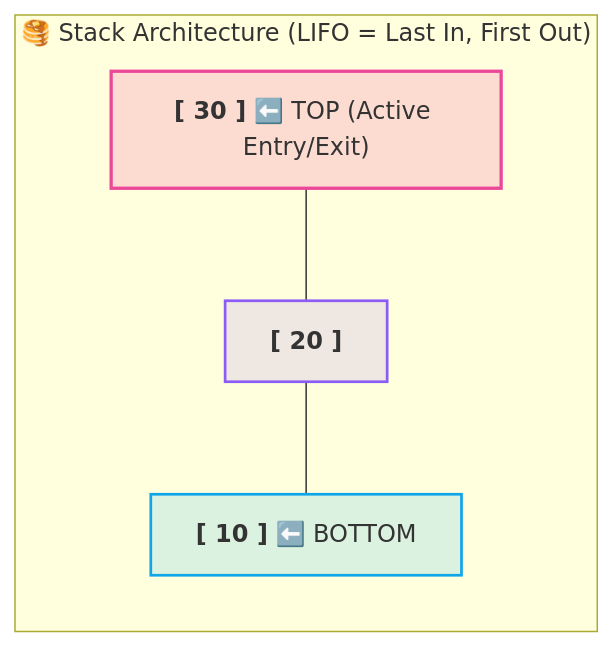
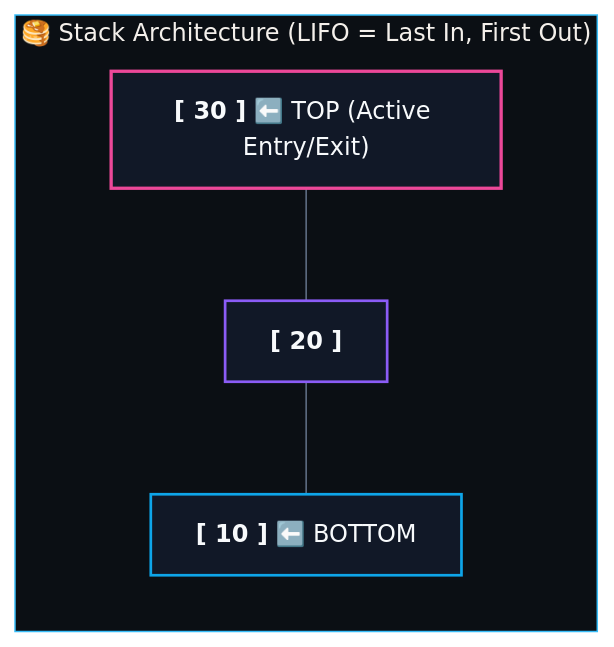
One commit to abhinavbharti2345/CS_Notes changed the first of 5 diagrams in CS/DSA/06. Stacks & Queues/01. Stack Fundamentals.md. Above: the diagram before and after it, drawn with Mermaid. The commit also changed other lines of this file and 195 other files, not shown here.

````diff
--- a/CS/DSA/06. Stacks & Queues/01. Stack Fundamentals.md
+++ b/CS/DSA/06. Stacks & Queues/01. Stack Fundamentals.md
@@ -38,17 +38,18 @@
 ```mermaid
+%%{init: {'theme': 'base', 'themeVariables': { 'darkMode': true, 'background': '#0B0F14', 'mainBkg': '#111827', 'primaryColor': '#111827', 'primaryTextColor': '#F8FAFC', 'primaryBorderColor': '#38BDF8', 'lineColor': '#64748B', 'secondaryColor': '#0B0F14', 'tertiaryColor': '#0B0F14', 'clusterBkg': '#0B0F14', 'clusterBorder': '#38BDF8' }}}%%
 flowchart LR
     subgraph StackModel ["🥞 Stack Architecture (LIFO = Last In, First Out)"]
         direction TB
         T["<b>[ 30 ]</b> ⬅️ TOP (Active Entry/Exit)"]
         M["<b>[ 20 ]</b>"]
         B["<b>[ 10 ]</b> ⬅️ BOTTOM"]
         T --- M --- B
     end
 
-    classDef topNode fill:#ec489930,stroke:#ec4899,stroke-width:2.2px;
-    classDef midNode fill:#8b5cf625,stroke:#8b5cf6,stroke-width:1.8px;
-    classDef botNode fill:#0ea5e925,stroke:#0ea5e9,stroke-width:1.8px;
+    classDef topNode fill:#111827,stroke:#ec4899,stroke-width:2.2px,color:#F8FAFC;
+    classDef midNode fill:#111827,stroke:#8b5cf6,stroke-width:1.8px,color:#F8FAFC;
+    classDef botNode fill:#111827,stroke:#0ea5e9,stroke-width:1.8px,color:#F8FAFC;
     class T topNode;
     class M midNode;
     class B botNode;
 ```
````
